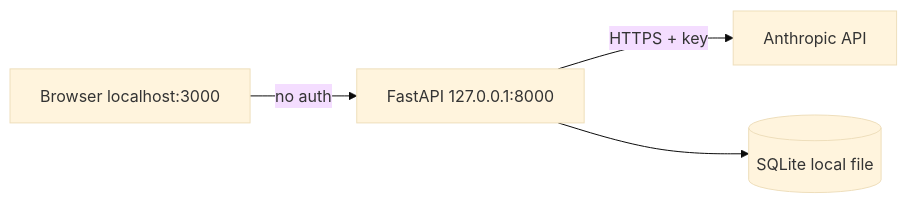
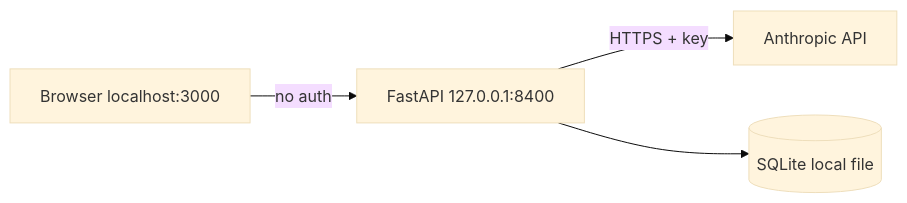
The diagram in docs/SECURITY.md (ohho2518/d_DEP-PM_Platform), drawn with Mermaid (base theme) before and after one commit. The commit also changed 15 other files, not shown here.

````diff
--- a/docs/SECURITY.md
+++ b/docs/SECURITY.md
@@ -22,6 +22,6 @@
 ```mermaid
 flowchart LR
-    B[Browser localhost:3000] -->|"no auth"| API[FastAPI 127.0.0.1:8000]
+    B[Browser localhost:3000] -->|"no auth"| API[FastAPI 127.0.0.1:8400]
     API -->|HTTPS + key| ANTH[Anthropic API]
     API --> DB[(SQLite local file)]
 ```
````
